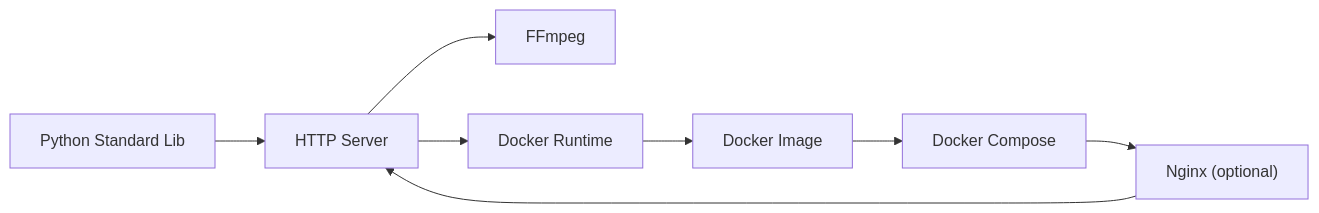
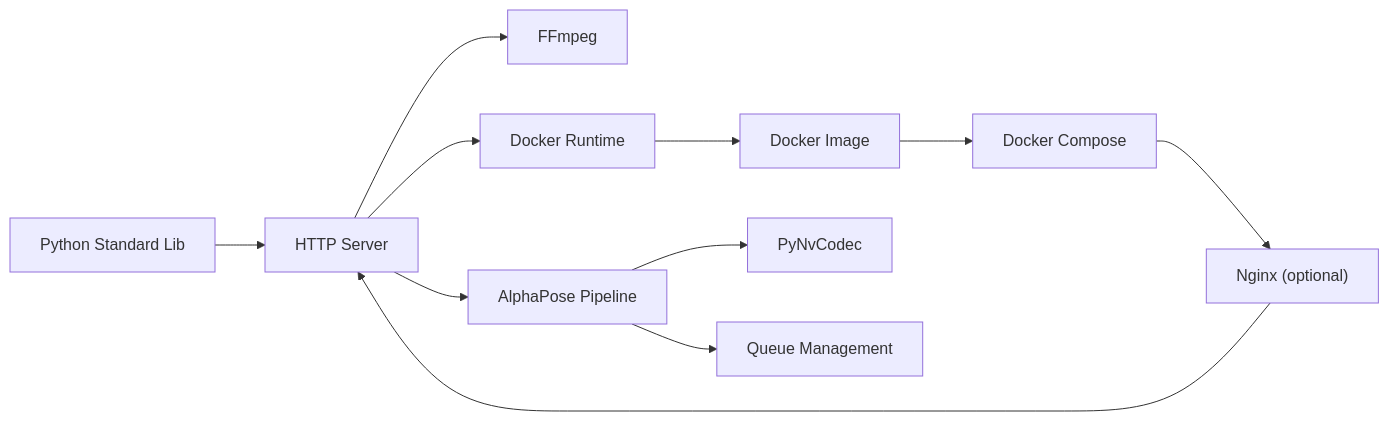
Before and after one commit to Fogus-Gr/MeasurementsDTs: the fourth of 4 diagrams in .qoder/repowiki/en/content/Deployment Infrastructure/HTTP Streaming Server.md, drawn with Mermaid. The commit also changed other lines of this file and 10 other files, not shown here.

````diff
--- a/.qoder/repowiki/en/content/Deployment Infrastructure/HTTP Streaming Server.md
+++ b/.qoder/repowiki/en/content/Deployment Infrastructure/HTTP Streaming Server.md
@@ -211,10 +433,13 @@
 ```mermaid
 graph LR
 Py["Python Standard Lib"] --> HS["HTTP Server"]
 HS --> FF["FFmpeg"]
 HS --> DC["Docker Runtime"]
 DC --> Img["Docker Image"]
 Img --> Cmp["Docker Compose"]
 Cmp --> NG["Nginx (optional)"]
 NG --> HS
+HS --> AP["AlphaPose Pipeline"]
+AP --> QC["PyNvCodec"]
+AP --> QM["Queue Management"]
 ```
````
